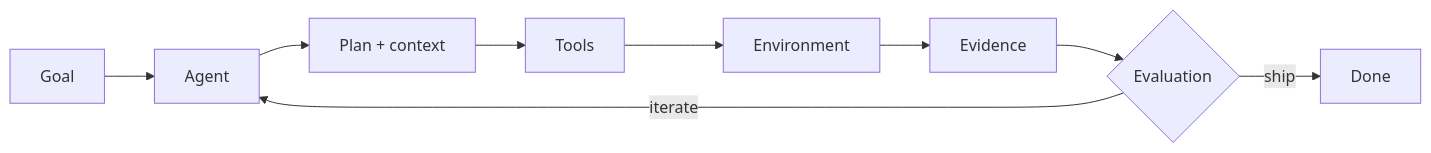
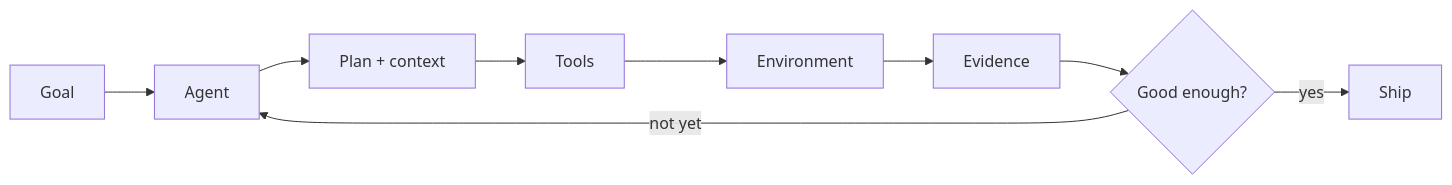
Before and after one commit to JackZhu001/JackZhu001: the diagram in README.md, drawn with Mermaid. The commit also changed other lines of this file and 2 other files, not shown here.

````diff
--- a/README.md
+++ b/README.md
@@ -57,11 +50,11 @@
 ```mermaid
 flowchart LR
     G[Goal] --> A[Agent]
     A --> P[Plan + context]
     P --> T[Tools]
     T --> E[Environment]
     E --> V[Evidence]
-    V --> Q{Evaluation}
-    Q -->|iterate| A
-    Q -->|ship| D[Done]
+    V --> Q{Good enough?}
+    Q -->|not yet| A
+    Q -->|yes| D[Ship]
 ```
````
